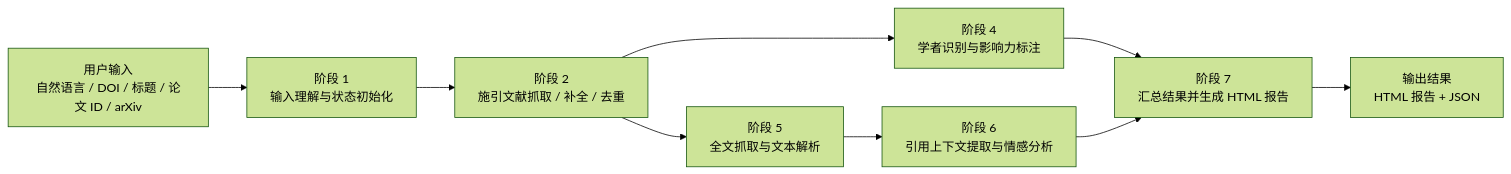
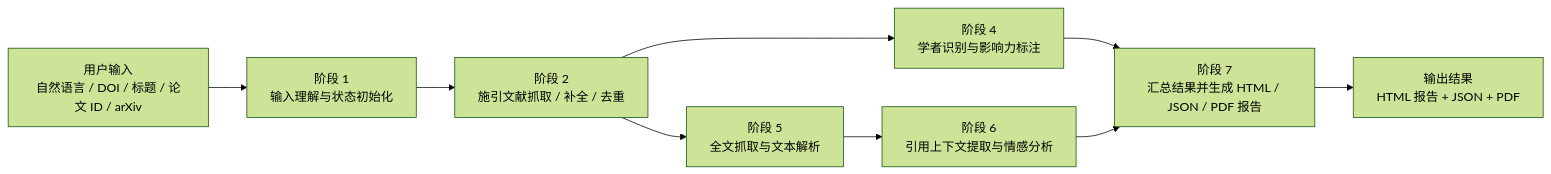
One commit to TimMCBen/CiteAnalyzer-Agent changed the diagram in README.md. Above: the diagram before and after it, drawn with Mermaid (forest theme). The commit also changed other lines of this file and 17 other files, not shown here.

````diff
--- a/README.md
+++ b/README.md
@@ -26,20 +26,20 @@
 ```mermaid
 flowchart LR
     paper_input["用户输入<br/>自然语言 / DOI / 标题 / 论文 ID / arXiv"]
     parse_stage["阶段 1<br/>输入理解与状态初始化"]
     fetch_stage["阶段 2<br/>施引文献抓取 / 补全 / 去重"]
     scholar_stage["阶段 4<br/>学者识别与影响力标注"]
     fulltext_stage["阶段 5<br/>全文抓取与文本解析"]
     sentiment_stage["阶段 6<br/>引用上下文提取与情感分析"]
-    report_stage["阶段 7<br/>汇总结果并生成 HTML 报告"]
-    final_output["输出结果<br/>HTML 报告 + JSON"]
+    report_stage["阶段 7<br/>汇总结果并生成 HTML / JSON / PDF 报告"]
+    final_output["输出结果<br/>HTML 报告 + JSON + PDF"]
 
     paper_input --> parse_stage
     parse_stage --> fetch_stage
     fetch_stage --> scholar_stage
     fetch_stage --> fulltext_stage
     fulltext_stage --> sentiment_stage
     scholar_stage --> report_stage
     sentiment_stage --> report_stage
     report_stage --> final_output
 ```
````
